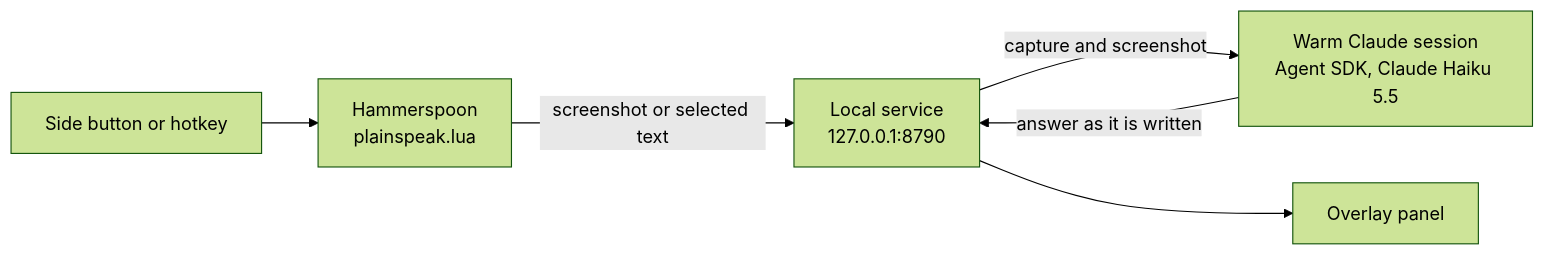
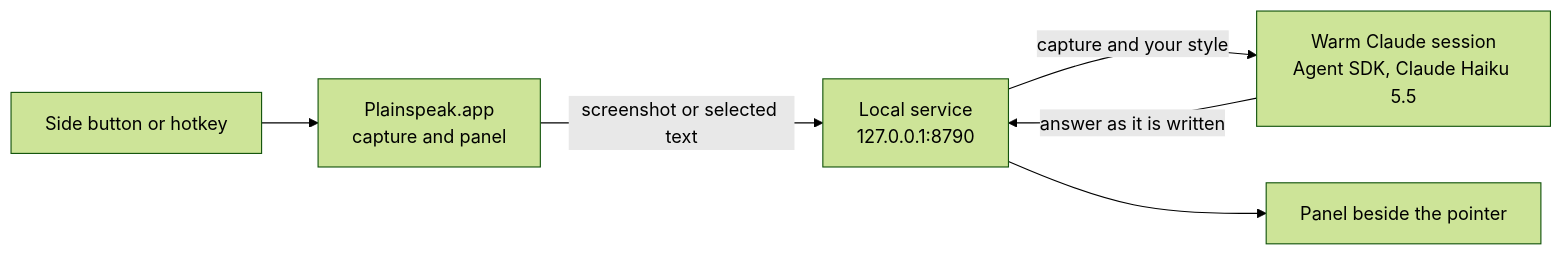
The diagram in README.md (OscarC178/Plain-speak), drawn with Mermaid (forest theme) before and after one commit. The commit also changed other lines of this file and 36 other files, not shown here.

First line of the commit message:
refactor!: remove the Hammerspoon and tmux versions now that the app does it all

````diff
--- a/README.md
+++ b/README.md
@@ -70,8 +213,8 @@
 ```mermaid
 flowchart LR
-  A[Side button or hotkey] --> B[Hammerspoon<br/>plainspeak.lua]
+  A[Side button or hotkey] --> B[Plainspeak.app<br/>capture and panel]
   B -- screenshot or selected text --> C[Local service<br/>127.0.0.1:8790]
-  C -- capture and screenshot --> D[Warm Claude session<br/>Agent SDK, Claude Haiku 5.5]
+  C -- capture and your style --> D[Warm Claude session<br/>Agent SDK, Claude Haiku 5.5]
   D -- answer as it is written --> C
-  C --> E[Overlay panel]
+  C --> E[Panel beside the pointer]
 ```
````
